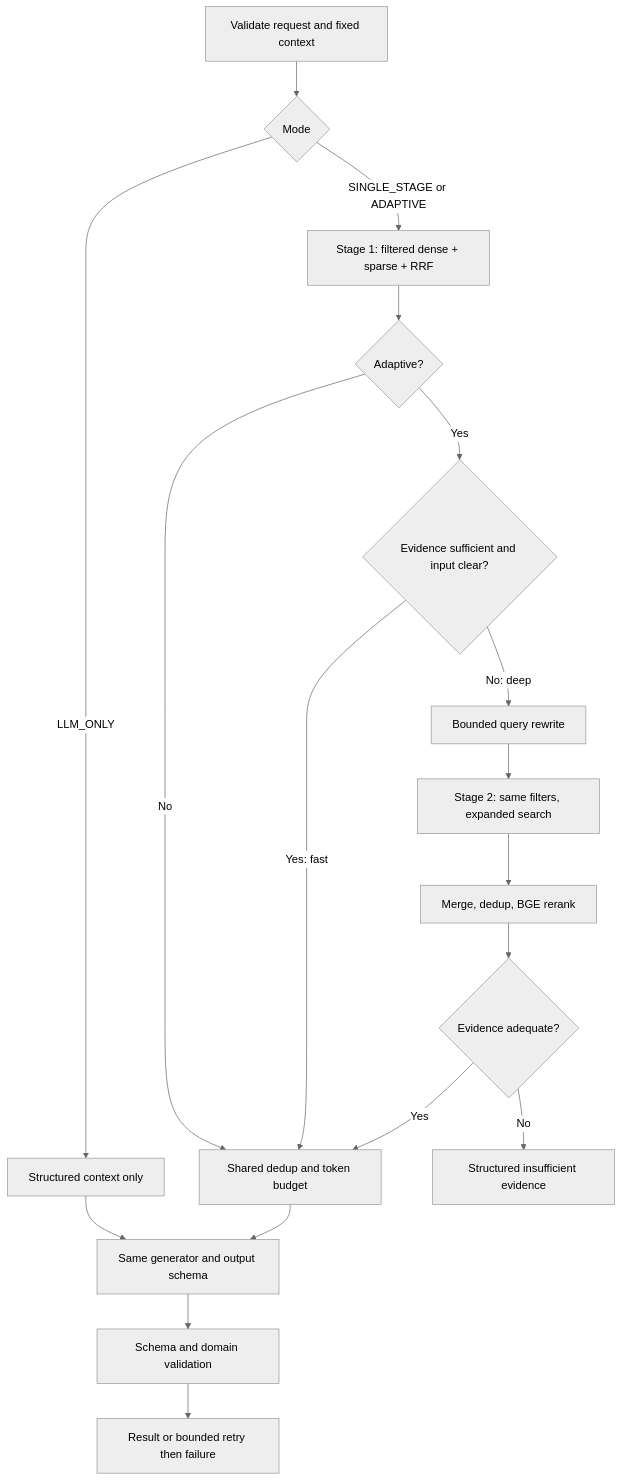
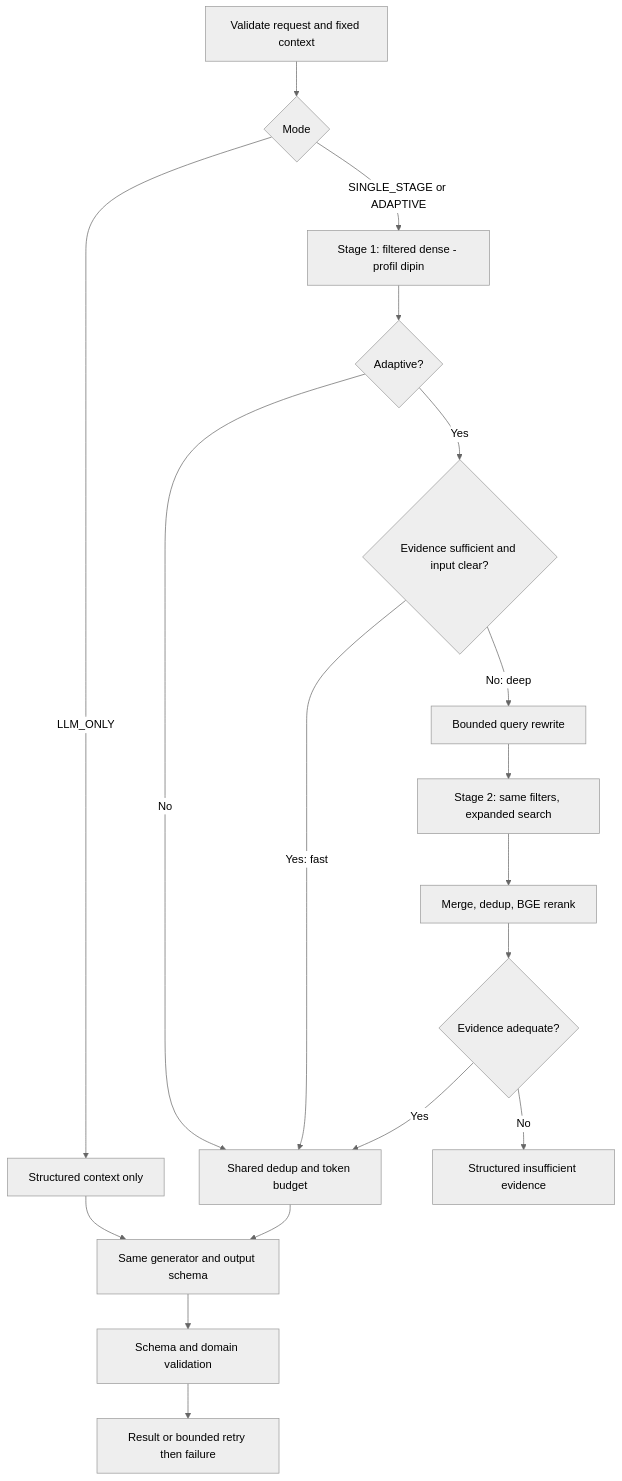
One commit to bpkcongli/kotoba-hub-rag changed the second of 2 diagrams in ARCHITECTURE.md. Above: the diagram before and after it, drawn with Mermaid (neutral theme). The commit also changed other lines of this file and 69 other files, not shown here.

````diff
--- a/ARCHITECTURE.md
+++ b/ARCHITECTURE.md
@@ -199,20 +201,20 @@
 ```mermaid
 flowchart TD
     Request[Validate request and fixed context] --> Mode{Mode}
     Mode -->|LLM_ONLY| Structured[Structured context only]
-    Mode -->|SINGLE_STAGE or ADAPTIVE| First[Stage 1: filtered dense + sparse + RRF]
+    Mode -->|SINGLE_STAGE or ADAPTIVE| First[Stage 1: filtered dense - profil dipin]
     First --> Adaptive{Adaptive?}
     Adaptive -->|No| Pack[Shared dedup and token budget]
     Adaptive -->|Yes| Route{Evidence sufficient and input clear?}
     Route -->|Yes: fast| Pack
     Route -->|No: deep| Rewrite[Bounded query rewrite]
     Rewrite --> Second[Stage 2: same filters, expanded search]
     Second --> Rank[Merge, dedup, BGE rerank]
     Rank --> Evidence{Evidence adequate?}
     Evidence -->|Yes| Pack
     Evidence -->|No| Failure[Structured insufficient evidence]
     Structured --> Generate[Same generator and output schema]
     Pack --> Generate
     Generate --> Validate[Schema and domain validation]
     Validate --> Terminal[Result or bounded retry then failure]
 ```
````
